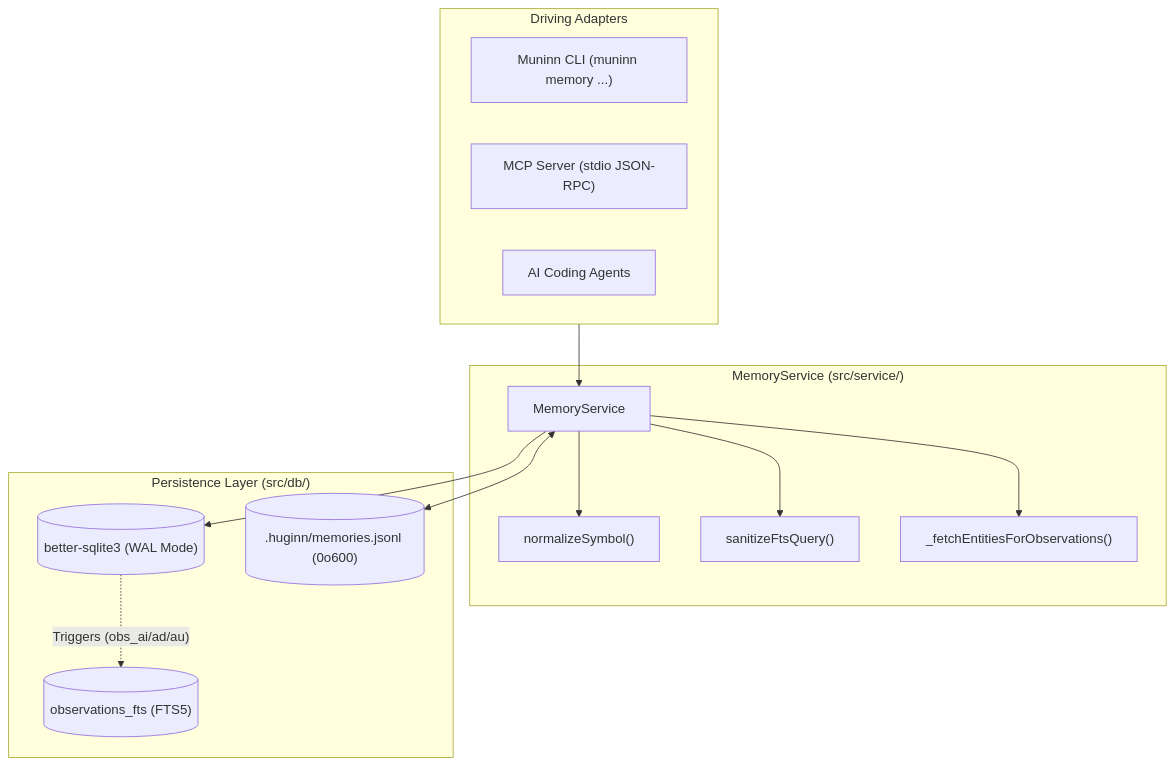
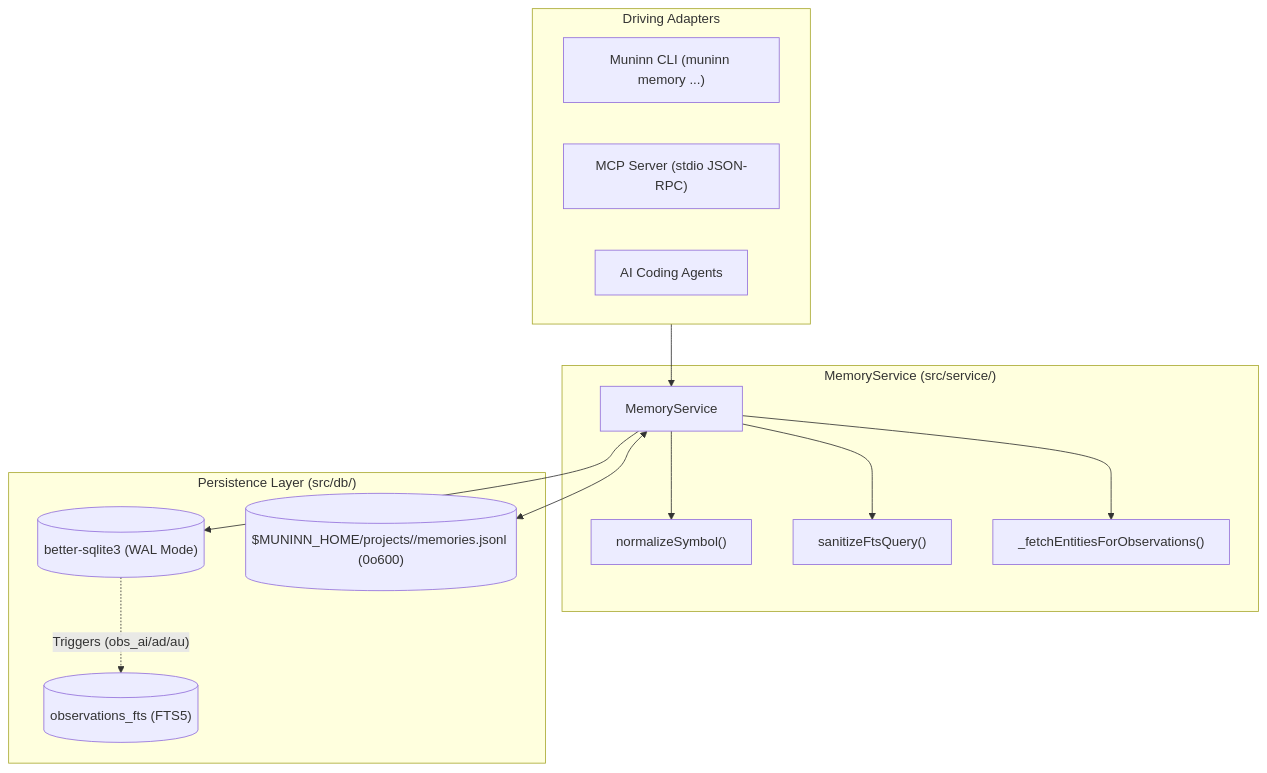
Before and after one commit to dahch/muninn: the third of 11 diagrams in DESIGN.md, drawn with Mermaid. The commit also changed other lines of this file and 6 other files, not shown here.

First line of the commit message:
docs: document portable identity, the code graph and multi-channel activation

````diff
--- a/DESIGN.md
+++ b/DESIGN.md
@@ -216,29 +224,29 @@
 ```mermaid
 flowchart TD
     subgraph Consumers["Driving Adapters"]
         CLI["Muninn CLI (muninn memory ...)"]
         MCP["MCP Server (stdio JSON-RPC)"]
         Agent["AI Coding Agents"]
     end
 
     subgraph ServiceCore["MemoryService (src/service/)"]
         MS["MemoryService"]
         Norm["normalizeSymbol()"]
         Sanitize["sanitizeFtsQuery()"]
         Chunk["_fetchEntitiesForObservations()"]
     end
 
     subgraph Storage["Persistence Layer (src/db/)"]
         DB[("better-sqlite3 (WAL Mode)")]
         FTS[("observations_fts (FTS5)")]
-        Disk[(".huginn/memories.jsonl (0o600)")]
+        Disk[("$MUNINN_HOME/projects/<uid>/memories.jsonl (0o600)")]
     end
 
     Consumers --> MS
     MS --> Norm
     MS --> Sanitize
     MS --> Chunk
     MS --> DB
     DB -. "Triggers (obs_ai/ad/au)" .-> FTS
     MS <--> Disk
 ```
````
